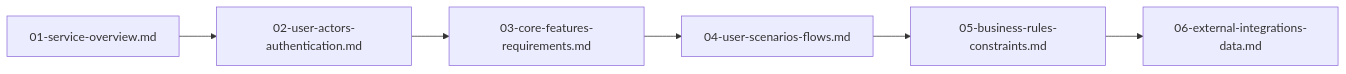
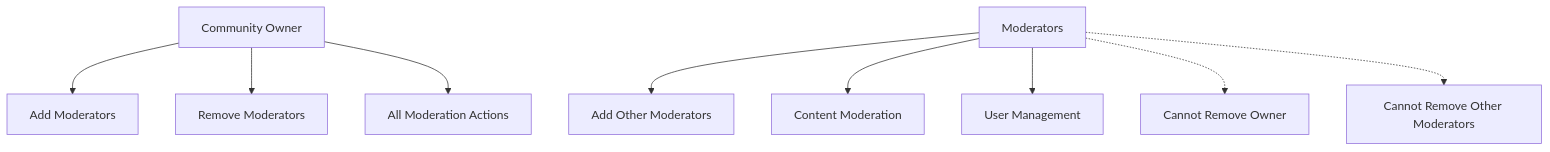
Before and after one commit to wrtnlabs/autobe-examples: the diagram in deepseek/deepseek-v3.1-terminus-exacto/reddit/docs/analysis/00-toc.md, drawn with Mermaid. The commit also changed other lines of this file and 9391 other files, not shown here.

````diff
--- a/deepseek/deepseek-v3.1-terminus-exacto/reddit/docs/analysis/00-toc.md
+++ b/deepseek/deepseek-v3.1-terminus-exacto/reddit/docs/analysis/00-toc.md
@@ -17,8 +422,11 @@
 ```mermaid
-graph LR
-    A["01-service-overview.md"] --> B["02-user-actors-authentication.md"]
-    B --> C["03-core-features-requirements.md"]
-    C --> D["04-user-scenarios-flows.md"]
-    D --> E["05-business-rules-constraints.md"]
-    E --> F["06-external-integrations-data.md"]
+graph TD
+    A["Community Owner"] --> B["Add Moderators"]
+    A --> C["Remove Moderators"]
+    A --> D["All Moderation Actions"]
+    E["Moderators"] --> F["Add Other Moderators"]
+    E --> G["Content Moderation"]
+    E --> H["User Management"]
+    E -.-> I["Cannot Remove Owner"]
+    E -.-> J["Cannot Remove Other Moderators"]
 ```
````
